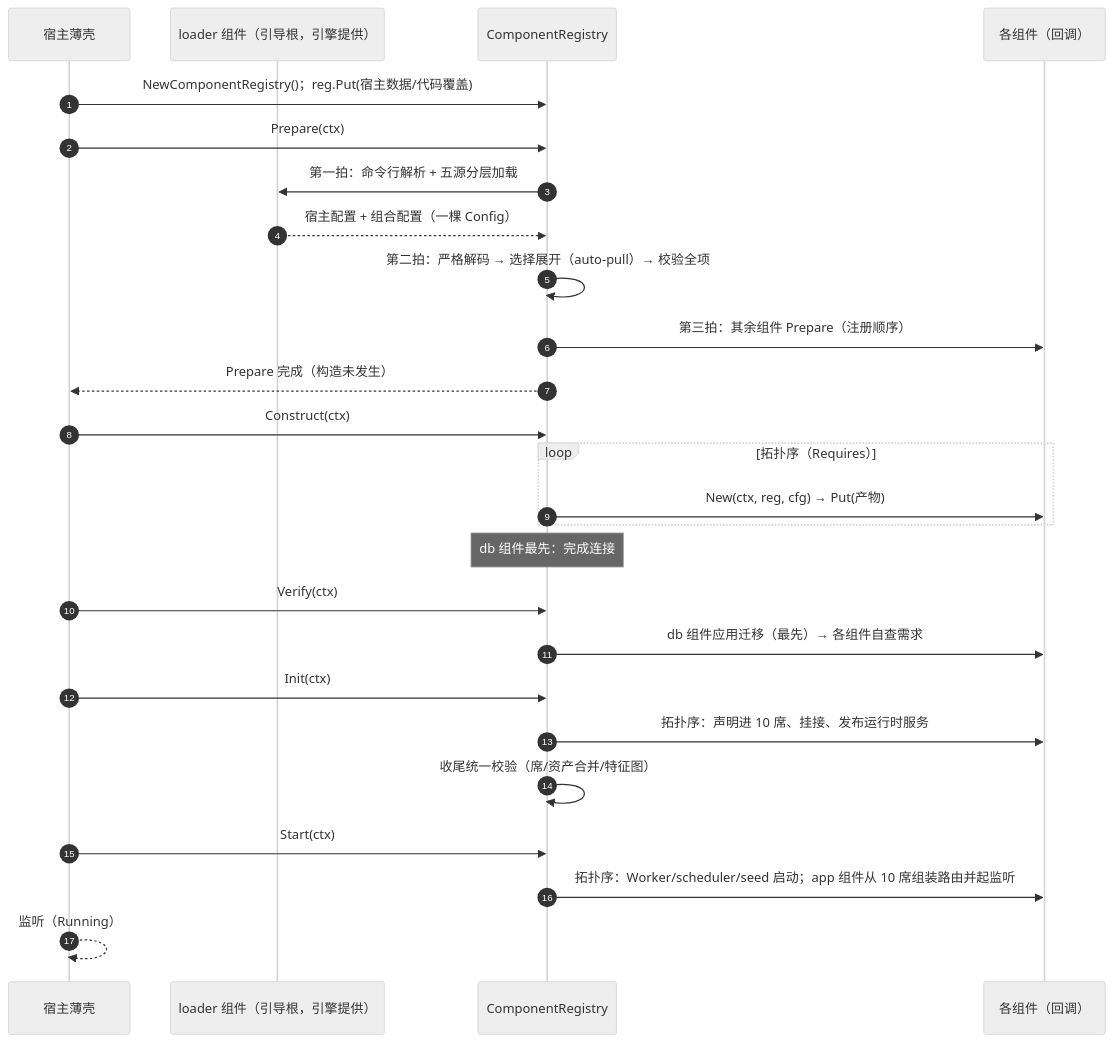
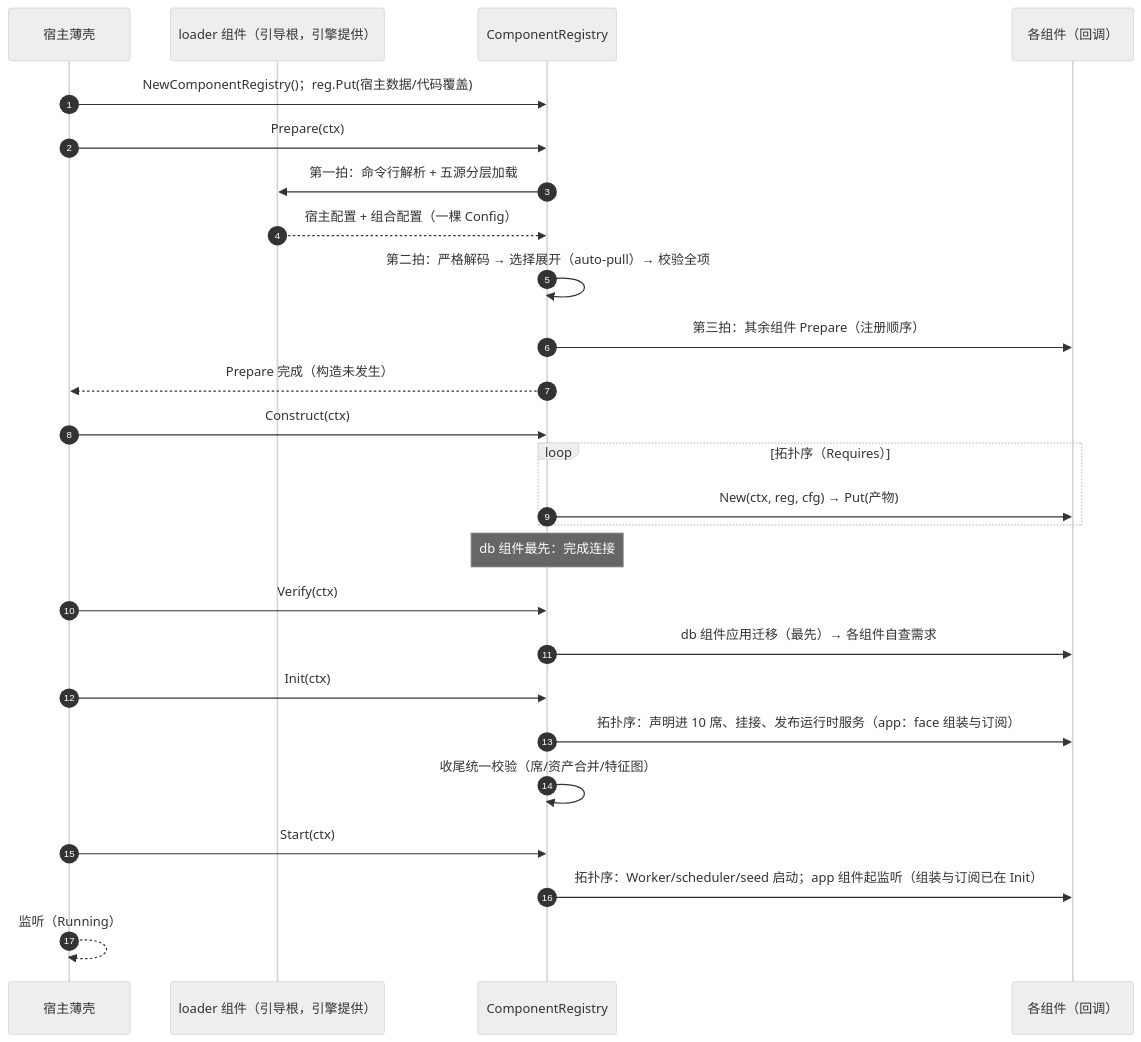
The fourth of 6 diagrams in docs/internal/29-config-driven-component-assembly.md (vislake/speed), drawn with Mermaid (neutral theme) before and after one commit. The commit also changed other lines of this file, not shown here.

First line of the commit message:
docs(internal): fold the app face into init and split the seat gate

````diff
--- a/docs/internal/29-config-driven-component-assembly.md
+++ b/docs/internal/29-config-driven-component-assembly.md
@@ -288,29 +290,29 @@
 ```mermaid
 sequenceDiagram
     autonumber
     participant H as 宿主薄壳
     participant L as loader 组件（引导根，引擎提供）
     participant R as ComponentRegistry
     participant P as 各组件（回调）
 
     H->>R: NewComponentRegistry()；reg.Put(宿主数据/代码覆盖)
     H->>R: Prepare(ctx)
     R->>L: 第一拍：命令行解析 + 五源分层加载
     L-->>R: 宿主配置 + 组合配置（一棵 Config）
     R->>R: 第二拍：严格解码 → 选择展开（auto-pull）→ 校验全项
     R->>P: 第三拍：其余组件 Prepare（注册顺序）
     R-->>H: Prepare 完成（构造未发生）
     H->>R: Construct(ctx)
     loop 拓扑序（Requires）
         R->>P: New(ctx, reg, cfg) → Put(产物)
     end
     Note over R: db 组件最先：完成连接
     H->>R: Verify(ctx)
     R->>P: db 组件应用迁移（最先）→ 各组件自查需求
     H->>R: Init(ctx)
-    R->>P: 拓扑序：声明进 10 席、挂接、发布运行时服务
+    R->>P: 拓扑序：声明进 10 席、挂接、发布运行时服务（app：face 组装与订阅）
     R->>R: 收尾统一校验（席/资产合并/特征图）
     H->>R: Start(ctx)
-    R->>P: 拓扑序：Worker/scheduler/seed 启动；app 组件从 10 席组装路由并起监听
+    R->>P: 拓扑序：Worker/scheduler/seed 启动；app 组件起监听（组装与订阅已在 Init）
     H-->>H: 监听（Running）
 ```
````
